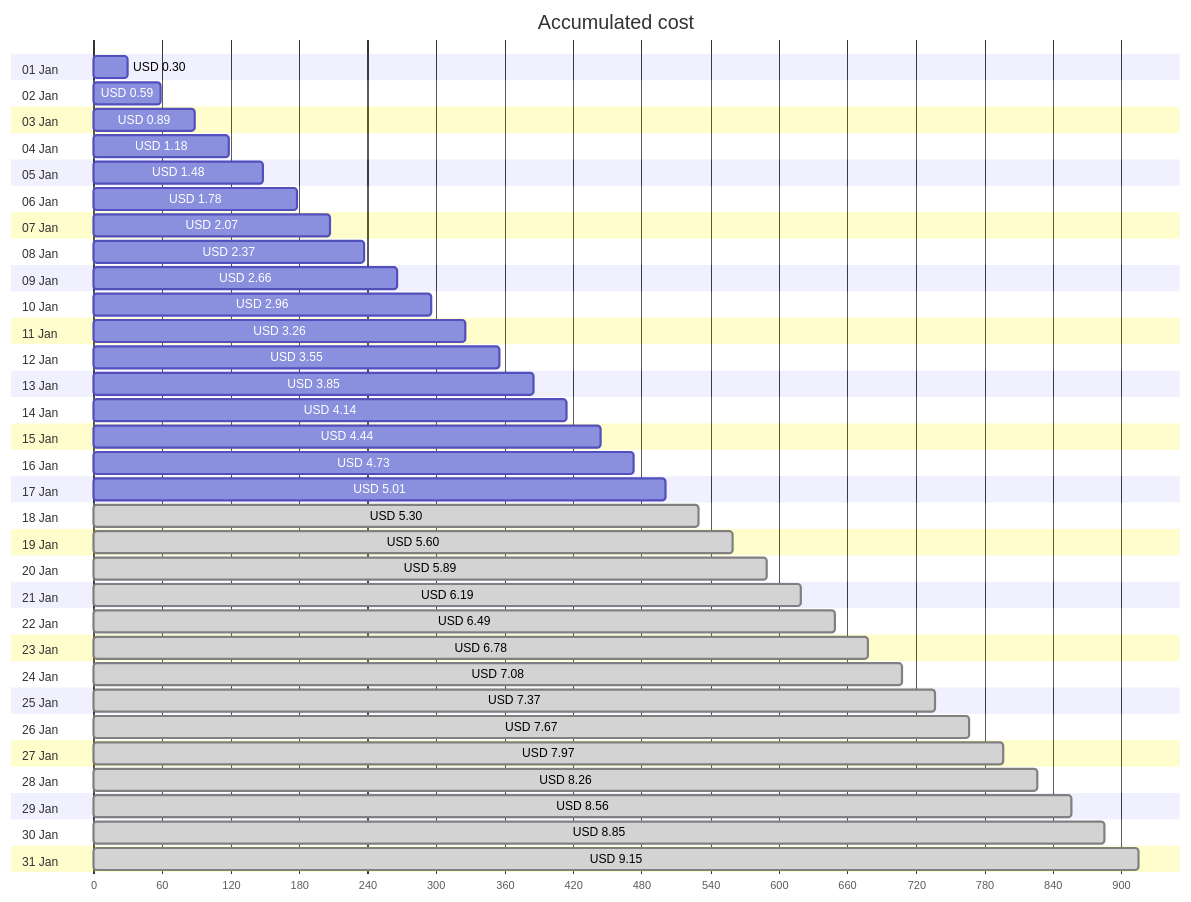
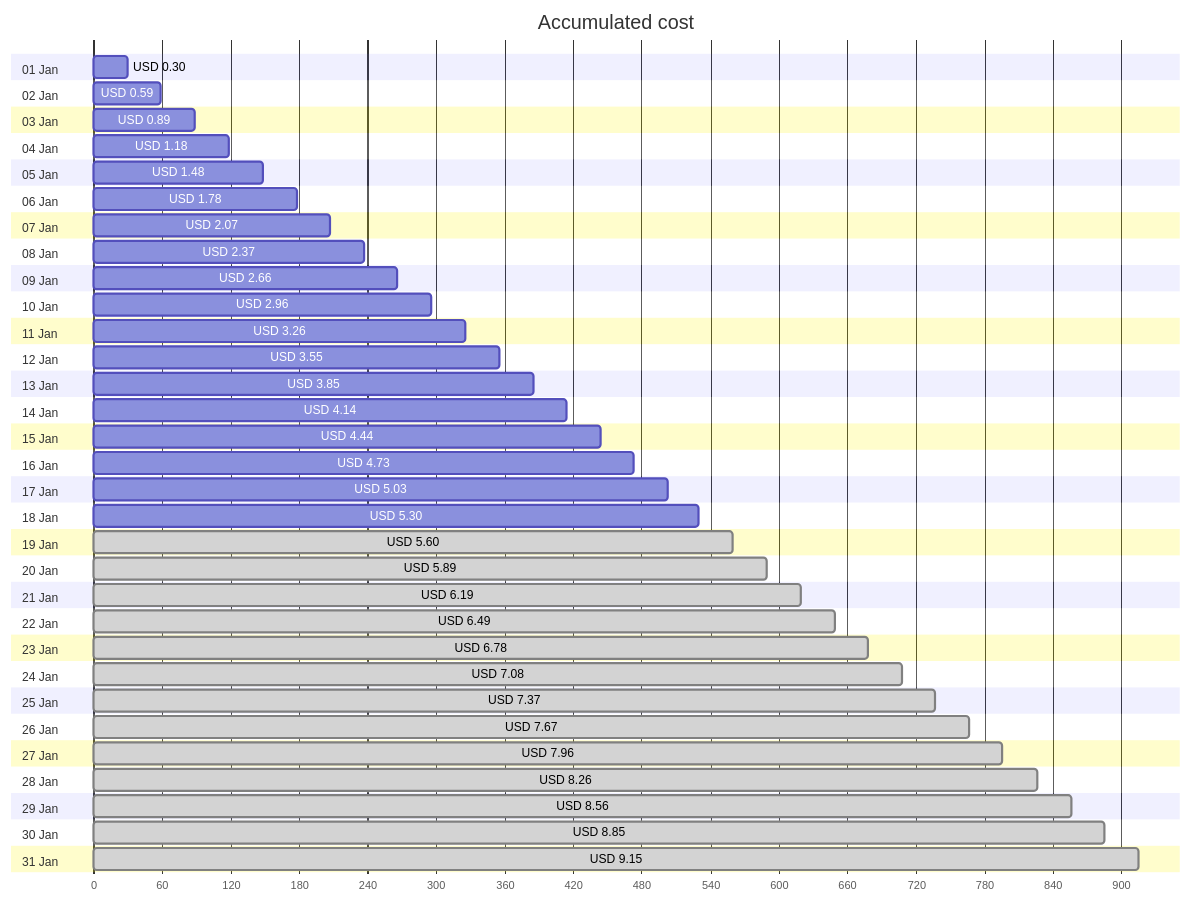
The first of 4 diagrams in cost-reports/personal-site/personal-site-preview.md (jpfulton/azure-personal-reports), drawn with Mermaid before and after one commit. The commit also changed other lines of this file and 6 other files, not shown here.

````diff
--- a/cost-reports/personal-site/personal-site-preview.md
+++ b/cost-reports/personal-site/personal-site-preview.md
@@ -20,68 +20,68 @@
 ```mermaid
 gantt
    title Accumulated cost
    dateFormat  X
    axisFormat %s
    section 01 Jan
    USD 0.30 :0, 30
    section 02 Jan
    USD 0.59 :0, 59
    section 03 Jan
    USD 0.89 :0, 89
    section 04 Jan
    USD 1.18 :0, 118
    section 05 Jan
    USD 1.48 :0, 148
    section 06 Jan
    USD 1.78 :0, 178
    section 07 Jan
    USD 2.07 :0, 207
    section 08 Jan
    USD 2.37 :0, 237
    section 09 Jan
    USD 2.66 :0, 266
    section 10 Jan
    USD 2.96 :0, 296
    section 11 Jan
    USD 3.26 :0, 326
    section 12 Jan
    USD 3.55 :0, 355
    section 13 Jan
    USD 3.85 :0, 385
    section 14 Jan
    USD 4.14 :0, 414
    section 15 Jan
    USD 4.44 :0, 444
    section 16 Jan
    USD 4.73 :0, 473
    section 17 Jan
-   USD 5.01 :0, 501
+   USD 5.03 :0, 503
    section 18 Jan
-   USD 5.30 : done, 0, 530
+   USD 5.30 :0, 530
    section 19 Jan
    USD 5.60 : done, 0, 560
    section 20 Jan
    USD 5.89 : done, 0, 589
    section 21 Jan
    USD 6.19 : done, 0, 619
    section 22 Jan
    USD 6.49 : done, 0, 649
    section 23 Jan
    USD 6.78 : done, 0, 678
    section 24 Jan
    USD 7.08 : done, 0, 708
    section 25 Jan
    USD 7.37 : done, 0, 737
    section 26 Jan
    USD 7.67 : done, 0, 767
    section 27 Jan
-   USD 7.97 : done, 0, 797
+   USD 7.96 : done, 0, 796
    section 28 Jan
    USD 8.26 : done, 0, 826
    section 29 Jan
    USD 8.56 : done, 0, 856
    section 30 Jan
    USD 8.85 : done, 0, 885
    section 31 Jan
    USD 9.15 : done, 0, 915
 ```
````
